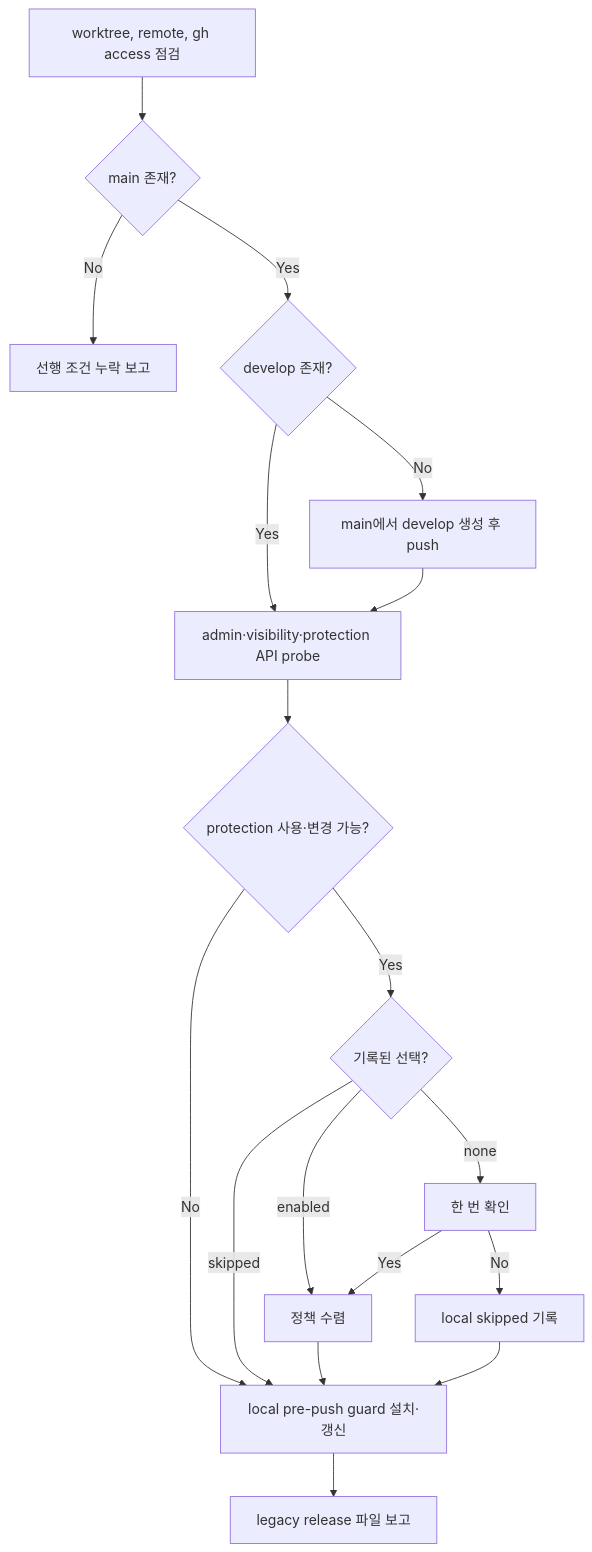
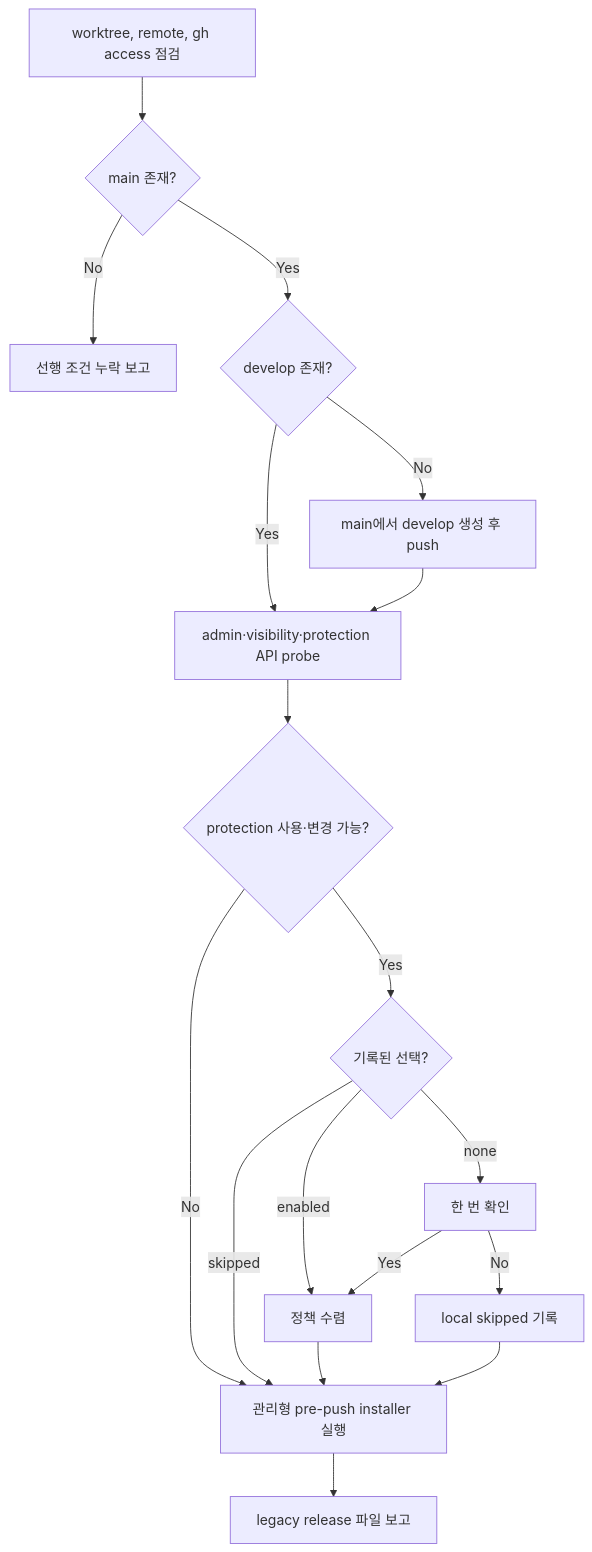
The diagram in docs/ko/skills/github-sync.md (0x0w1/jig), drawn with Mermaid before and after one commit. The commit also changed other lines of this file and 34 other files, not shown here.

First line of the commit message:
feat: pre-push 가드를 배포 리소스로 관리

````diff
--- a/docs/ko/skills/github-sync.md
+++ b/docs/ko/skills/github-sync.md
@@ -21,20 +21,20 @@
 ```mermaid
 flowchart TD
     Inspect[worktree, remote, gh access 점검] --> Main{main 존재?}
     Main -- No --> Stop[선행 조건 누락 보고]
     Main -- Yes --> Develop{develop 존재?}
     Develop -- No --> Create[main에서 develop 생성 후 push]
     Develop -- Yes --> Probe
     Create --> Probe[admin·visibility·protection API probe]
     Probe --> Available{protection 사용·변경 가능?}
-    Available -- No --> Guard[local pre-push guard 설치·갱신]
+    Available -- No --> Guard[관리형 pre-push installer 실행]
     Available -- Yes --> Choice{기록된 선택?}
     Choice -- enabled --> Apply[정책 수렴]
     Choice -- skipped --> Guard
     Choice -- none --> Ask[한 번 확인]
     Ask -- Yes --> Apply
     Ask -- No --> Record[local skipped 기록]
     Apply --> Guard
     Record --> Guard
     Guard --> Legacy[legacy release 파일 보고]
 ```
````
